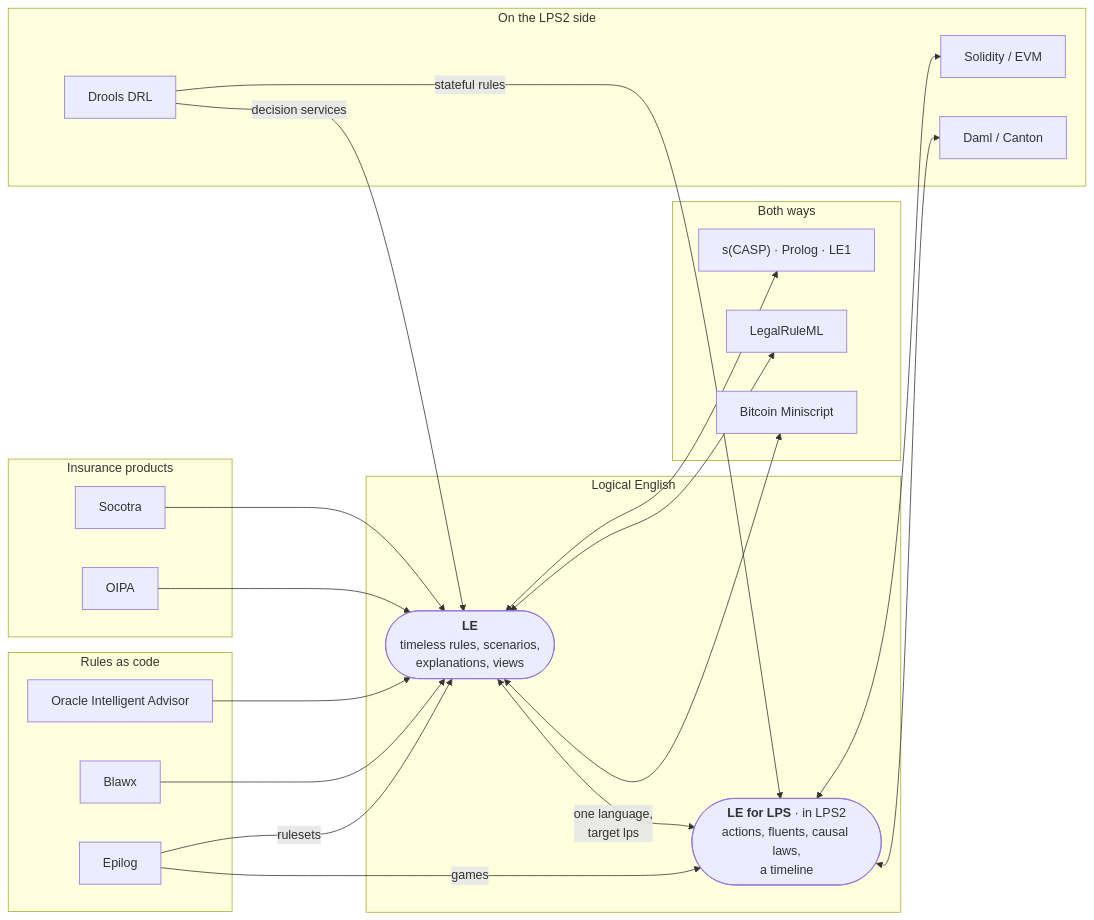
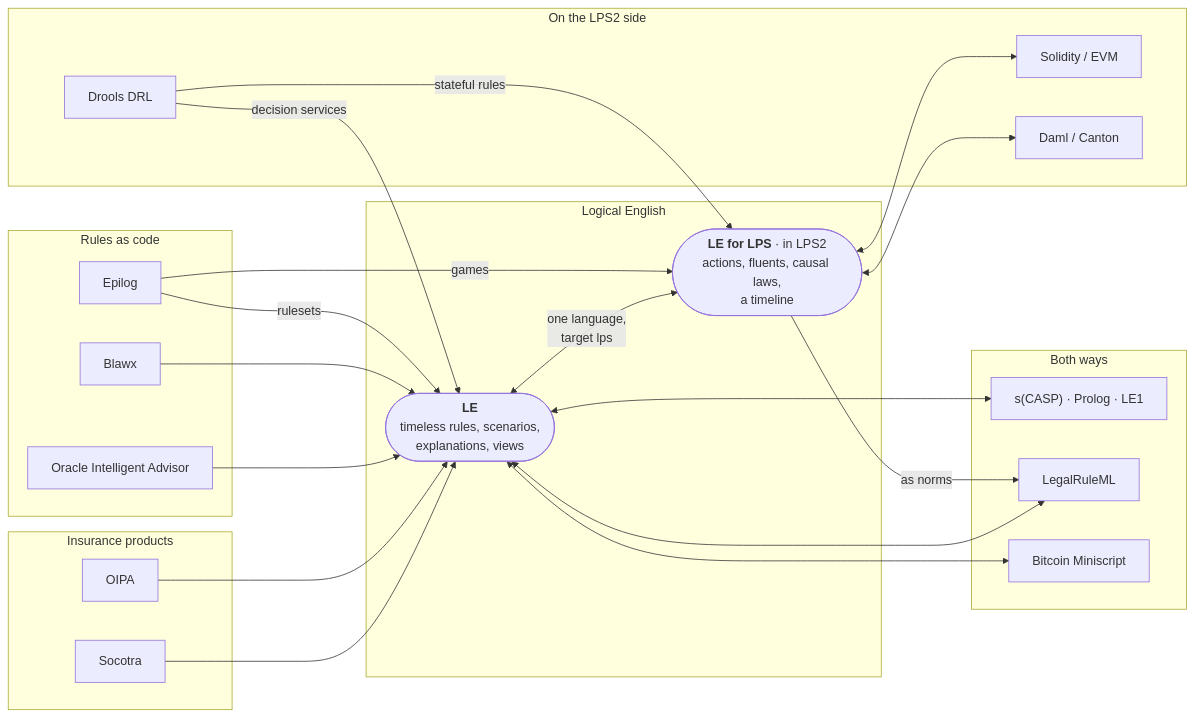
One commit to LogicalContracts/LogicalEnglish2 changed the diagram in docs/user/integrations/index.md. Above: the diagram before and after it, drawn with Mermaid.

````diff
--- a/docs/user/integrations/index.md
+++ b/docs/user/integrations/index.md
@@ -40,60 +40,61 @@
 ```mermaid
 flowchart LR
   subgraph ins["Insurance products"]
     SO["Socotra"]
     OP["OIPA"]
   end
 
   subgraph rac["Rules as code"]
     OIA["Oracle Intelligent Advisor"]
     BX["Blawx"]
     EP["Epilog"]
   end
 
   subgraph core["Logical English"]
     LE(["<b>LE</b><br/>timeless rules, scenarios,<br/>explanations, views"])
     LPS(["<b>LE for LPS</b> · in LPS2<br/>actions, fluents, causal laws,<br/>a timeline"])
     LE <-- "one language,<br/>target lps" --> LPS
   end
 
   subgraph both["Both ways"]
     SC["s(CASP) · Prolog · LE1"]
     LR["LegalRuleML"]
     MS["Bitcoin Miniscript"]
   end
 
   subgraph lpsside["On the LPS2 side"]
     DR["Drools DRL"]
     SOL["Solidity / EVM"]
     DA["Daml / Canton"]
   end
 
   SO --> LE
   OP --> LE
   OIA --> LE
   BX --> LE
   EP -- "rulesets" --> LE
   EP -- "games" --> LPS
   DR -- "decision services" --> LE
   DR -- "stateful rules" --> LPS
 
   LE <--> SC
   LE <--> LR
   LE <--> MS
   LPS <--> SOL
+  LPS -- "as norms" --> LR
   LPS <--> DA
 
   click SO "socotra" "Socotra and Logical English"
   click OP "oipa" "OIPA and Logical English"
   click OIA "oia" "Oracle Intelligent Advisor and Logical English"
   click BX "blawx" "Blawx and Logical English"
   click EP "epilog" "Epilog and Logical English"
   click SC "scasp" "s(CASP), Prolog and LE1"
   click LR "legalruleml" "LegalRuleML and Logical English"
   click MS "miniscript" "Bitcoin Miniscript and Logical English"
   click LE "../reference/language" "The Logical English reference"
   click LPS "https://lps2.logicalcontracts.com/docs/user/integrations/index" "LPS2: other systems"
   click DR "https://lps2.logicalcontracts.com/docs/user/integrations/drools" "Drools and LPS (LPS2 documentation)"
   click SOL "https://lps2.logicalcontracts.com/docs/user/integrations/solidity" "Solidity and LPS (LPS2 documentation)"
   click DA "https://lps2.logicalcontracts.com/docs/user/integrations/daml" "Daml and LPS (LPS2 documentation)"
 ```
````
